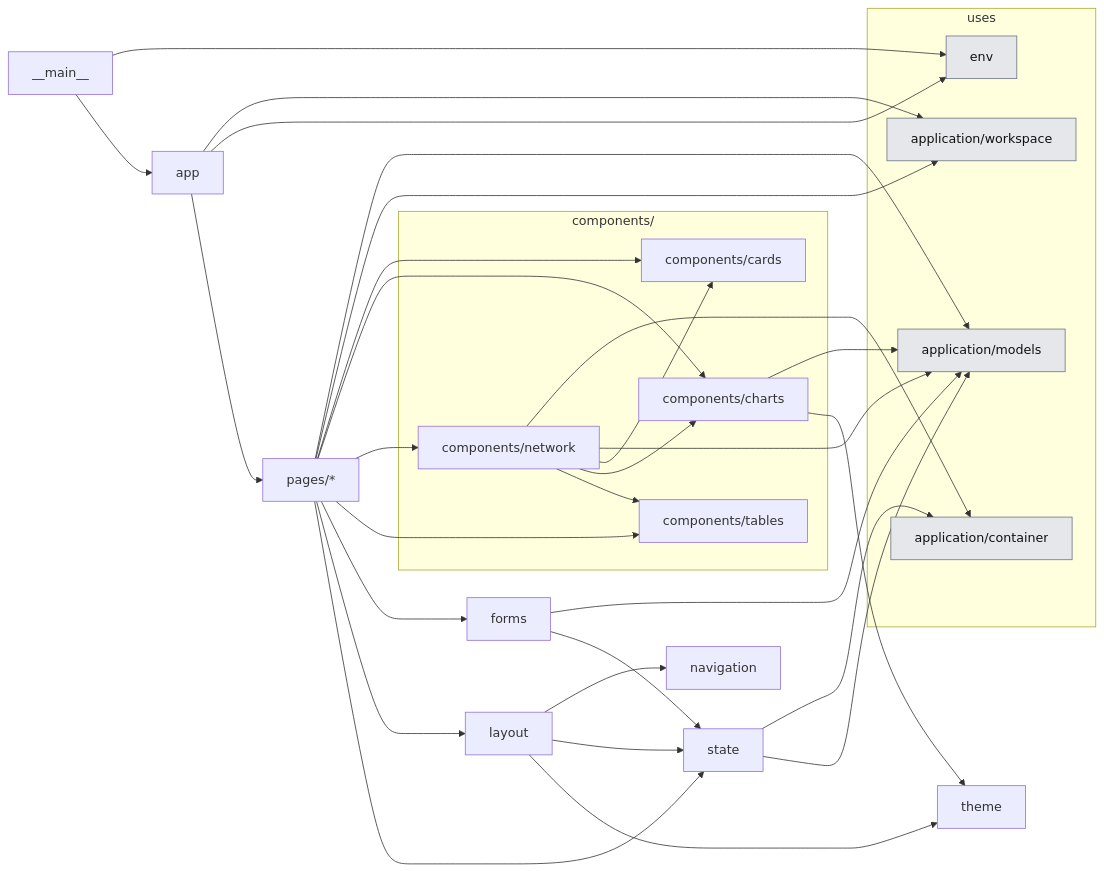
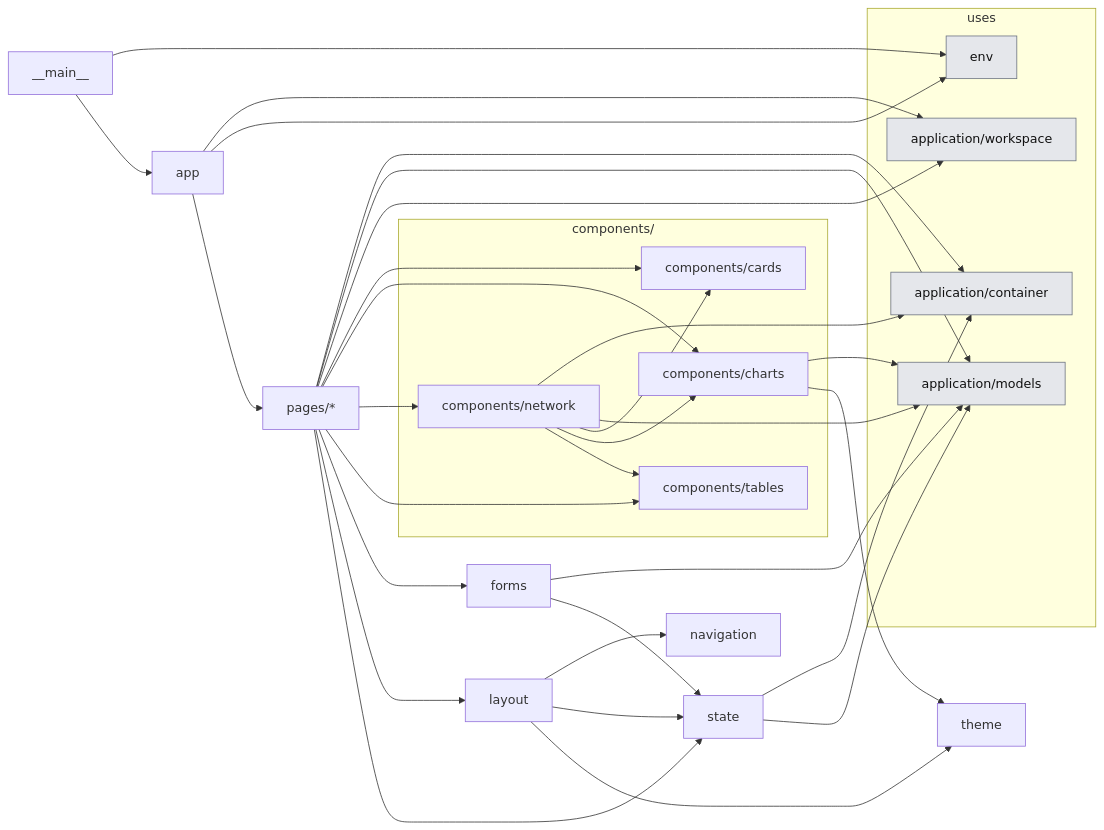
The second of 3 diagrams in docs_thesis/thesis/architecture/05-presentation.md (KevinRapo/P2P-thesis), drawn with Mermaid before and after one commit. The commit also changed other lines of this file, not shown here.

Commit message:
docs: Studio file graph and component list include components/network

````diff
--- a/docs_thesis/thesis/architecture/05-presentation.md
+++ b/docs_thesis/thesis/architecture/05-presentation.md
@@ -50,52 +50,53 @@
 ```mermaid
 flowchart LR
   n_studio___main__["__main__"]
   n_studio_app["app"]
   n_studio_forms["forms"]
   n_studio_layout["layout"]
   n_studio_navigation["navigation"]
   n_studio_pages__["pages/*"]
   n_studio_state["state"]
   n_studio_theme["theme"]
   subgraph g_components["components/"]
     n_studio_components_cards["components/cards"]
     n_studio_components_charts["components/charts"]
     n_studio_components_network["components/network"]
     n_studio_components_tables["components/tables"]
   end
   subgraph USES["uses"]
     n_application_container["application/container"]:::ext
     n_application_models["application/models"]:::ext
     n_application_workspace["application/workspace"]:::ext
     n_env["env"]:::ext
   end
   n_studio___main__ --> n_env
   n_studio___main__ --> n_studio_app
   n_studio_app --> n_application_workspace
   n_studio_app --> n_env
   n_studio_app --> n_studio_pages__
   n_studio_components_charts --> n_application_models
   n_studio_components_charts --> n_studio_theme
   n_studio_components_network --> n_application_container
   n_studio_components_network --> n_application_models
   n_studio_components_network --> n_studio_components_cards
   n_studio_components_network --> n_studio_components_charts
   n_studio_components_network --> n_studio_components_tables
   n_studio_forms --> n_application_models
   n_studio_forms --> n_studio_state
   n_studio_layout --> n_studio_navigation
   n_studio_layout --> n_studio_state
   n_studio_layout --> n_studio_theme
+  n_studio_pages__ --> n_application_container
   n_studio_pages__ --> n_application_models
   n_studio_pages__ --> n_application_workspace
   n_studio_pages__ --> n_studio_components_cards
   n_studio_pages__ --> n_studio_components_charts
   n_studio_pages__ --> n_studio_components_network
   n_studio_pages__ --> n_studio_components_tables
   n_studio_pages__ --> n_studio_forms
   n_studio_pages__ --> n_studio_layout
   n_studio_pages__ --> n_studio_state
   n_studio_state --> n_application_container
   n_studio_state --> n_application_models
   classDef ext fill:#e5e7eb,stroke:#6b7280,color:#111
 ```
````
